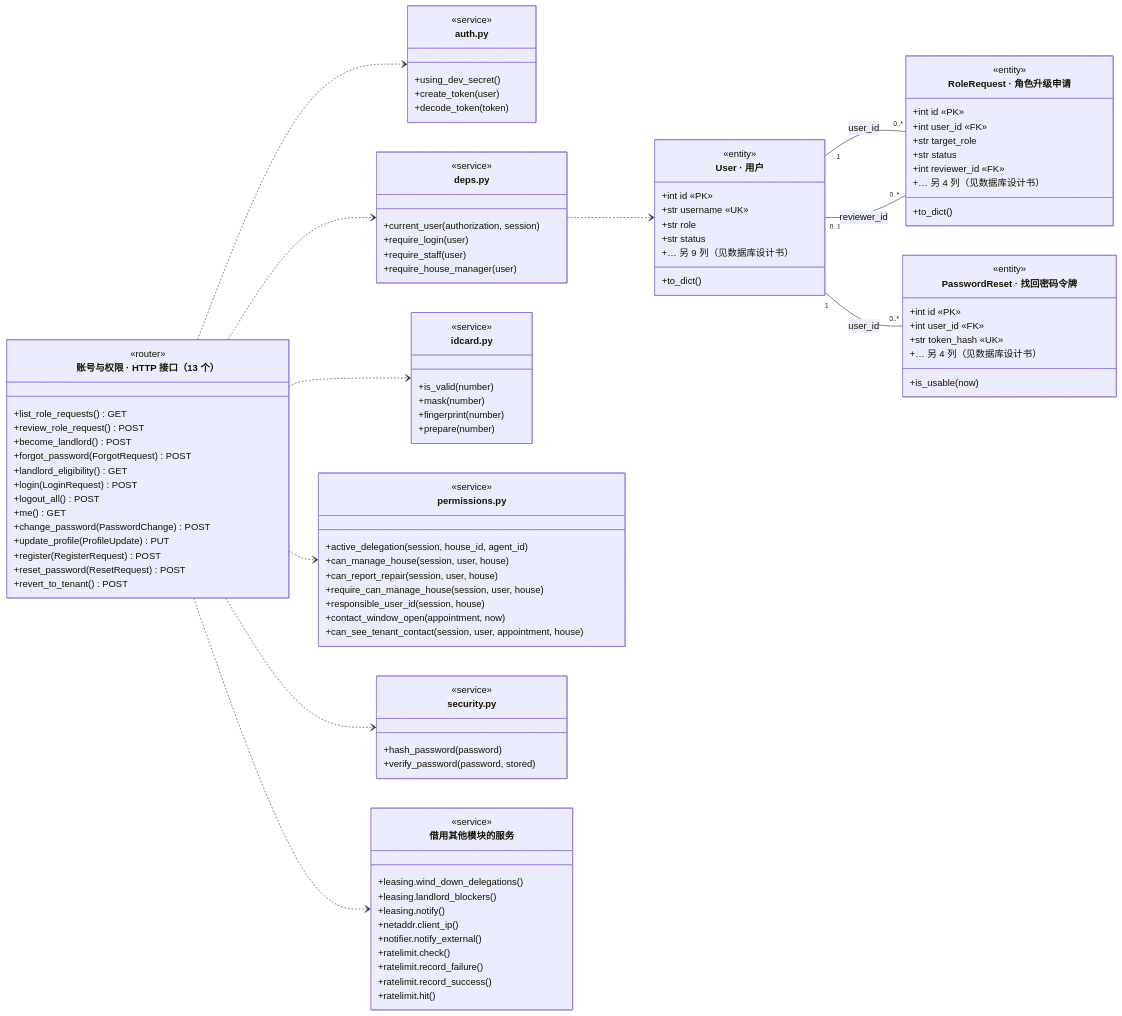
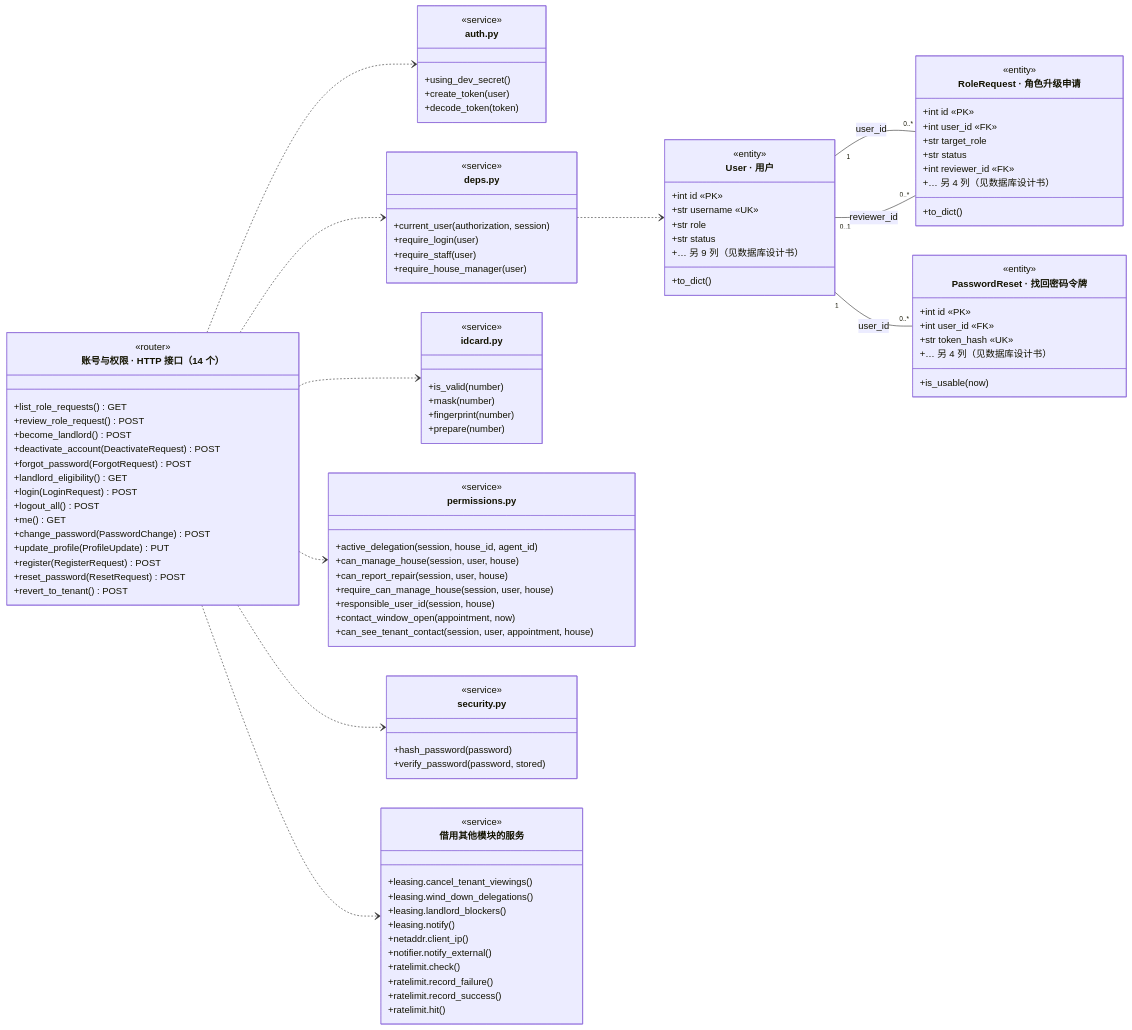
The diagram in docs/图/class_account.mmd (A107586/ai-house-rental), drawn with Mermaid before and after one commit. The commit also changed 20 other files, not shown here.

```diff
--- a/docs/图/class_account.mmd
+++ b/docs/图/class_account.mmd
@@ -1,102 +1,104 @@
 classDiagram
     direction LR
-    class Api["账号与权限 · HTTP 接口（13 个）"] {
+    class Api["账号与权限 · HTTP 接口（14 个）"] {
         <<router>>
         +list_role_requests() GET
         +review_role_request() POST
         +become_landlord() POST
+        +deactivate_account(DeactivateRequest) POST
         +forgot_password(ForgotRequest) POST
         +landlord_eligibility() GET
         +login(LoginRequest) POST
         +logout_all() POST
         +me() GET
         +change_password(PasswordChange) POST
         +update_profile(ProfileUpdate) PUT
         +register(RegisterRequest) POST
         +reset_password(ResetRequest) POST
         +revert_to_tenant() POST
     }
     class m_auth["auth.py"] {
         <<service>>
         +using_dev_secret()
         +create_token(user)
         +decode_token(token)
     }
     Api ..> m_auth
     class m_deps["deps.py"] {
         <<service>>
         +current_user(authorization, session)
         +require_login(user)
         +require_staff(user)
         +require_house_manager(user)
     }
     Api ..> m_deps
     class m_idcard["idcard.py"] {
         <<service>>
         +is_valid(number)
         +mask(number)
         +fingerprint(number)
         +prepare(number)
     }
     Api ..> m_idcard
     class m_permissions["permissions.py"] {
         <<service>>
         +active_delegation(session, house_id, agent_id)
         +can_manage_house(session, user, house)
         +can_report_repair(session, user, house)
         +require_can_manage_house(session, user, house)
         +responsible_user_id(session, house)
         +contact_window_open(appointment, now)
         +can_see_tenant_contact(session, user, appointment, house)
     }
     Api ..> m_permissions
     class m_security["security.py"] {
         <<service>>
         +hash_password(password)
         +verify_password(password, stored)
     }
     Api ..> m_security
     class m_shared["借用其他模块的服务"] {
         <<service>>
+        +leasing.cancel_tenant_viewings()
         +leasing.wind_down_delegations()
         +leasing.landlord_blockers()
         +leasing.notify()
         +netaddr.client_ip()
         +notifier.notify_external()
         +ratelimit.check()
         +ratelimit.record_failure()
         +ratelimit.record_success()
         +ratelimit.hit()
     }
     Api ..> m_shared
     class User["User · 用户"] {
         <<entity>>
         +int id «PK»
         +str username «UK»
         +str role
         +str status
         +… 另 9 列（见数据库设计书）
         +to_dict()
     }
     class RoleRequest["RoleRequest · 角色升级申请"] {
         <<entity>>
         +int id «PK»
         +int user_id «FK»
         +str target_role
         +str status
         +int reviewer_id «FK»
         +… 另 4 列（见数据库设计书）
         +to_dict()
     }
     class PasswordReset["PasswordReset · 找回密码令牌"] {
         <<entity>>
         +int id «PK»
         +int user_id «FK»
         +str token_hash «UK»
         +… 另 4 列（见数据库设计书）
         +is_usable(now)
     }
     User "1" -- "0..*" RoleRequest : user_id
     User "0..1" -- "0..*" RoleRequest : reviewer_id
     User "1" -- "0..*" PasswordReset : user_id
     m_deps ..> User
```
